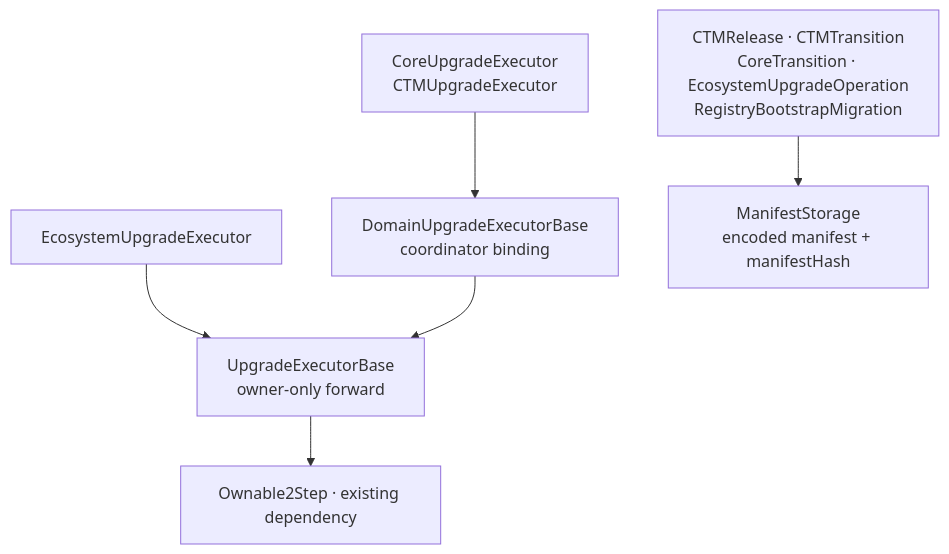
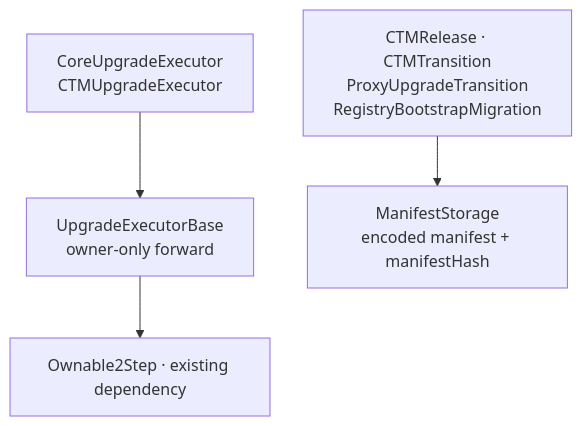
The second of 10 diagrams in docs/registry-driven-upgrades.md (matter-labs/era-contracts), drawn with Mermaid before and after one commit. The commit also changed other lines of this file and 120 other files, not shown here.

First line of the commit message:
refactor(registry): governance calls the domain executors directly

````diff
--- a/docs/registry-driven-upgrades.md
+++ b/docs/registry-driven-upgrades.md
@@ -112,16 +114,12 @@
 ```mermaid
 flowchart TB
-    COORD["EcosystemUpgradeExecutor"]
     DOMAIN["CoreUpgradeExecutor<br/>CTMUpgradeExecutor"]
-    RECORDS["CTMRelease · CTMTransition<br/>CoreTransition · EcosystemUpgradeOperation<br/>RegistryBootstrapMigration"]
+    RECORDS["CTMRelease · CTMTransition<br/>ProxyUpgradeTransition<br/>RegistryBootstrapMigration"]
     UBASE["UpgradeExecutorBase<br/>owner-only forward"]
-    DBASE["DomainUpgradeExecutorBase<br/>coordinator binding"]
     MBASE["ManifestStorage<br/>encoded manifest + manifestHash"]
     OWN["Ownable2Step · existing dependency"]
 
-    COORD --> UBASE
-    DOMAIN --> DBASE
-    DBASE --> UBASE
+    DOMAIN --> UBASE
     UBASE --> OWN
     RECORDS --> MBASE
 ```
````
